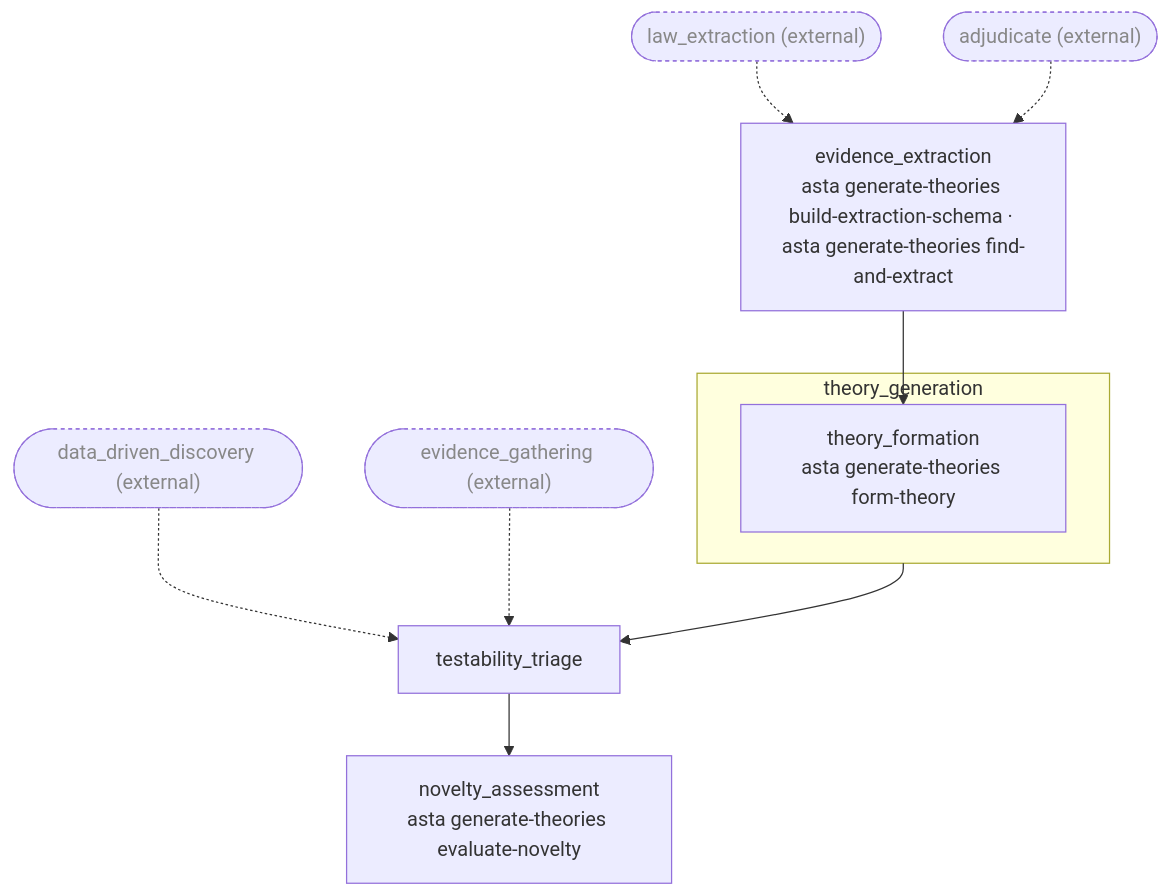
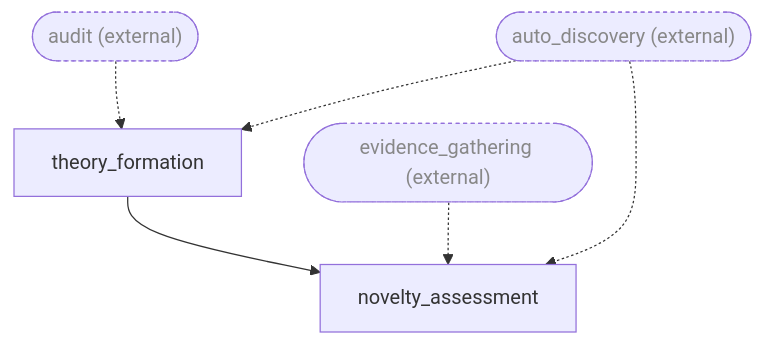
The diagram in plugins/asta-preview/skills/research-step/assets/compiled/theorizer.mmd (allenai/asta-plugins), drawn with Mermaid before and after one commit. The commit also changed 128 other files, not shown here.

```diff
--- a/plugins/asta-preview/skills/research-step/assets/compiled/theorizer.mmd
+++ b/plugins/asta-preview/skills/research-step/assets/compiled/theorizer.mmd
@@ -1,23 +1,14 @@
 %% theorizer — generated by scripts/compile-schemas.py from assets/schemas.yaml; do not edit
-%% solid arrows: input wiring · dashed: inputs satisfied outside this flow
+%% thick ==> : a loop's child order  ·  thin --> : data input  ·  dashed: input from outside this loop
 flowchart TD
-  classDef replan stroke-dasharray: 6 4
-  classDef embed fill:#eef6ff,stroke:#6699cc
   classDef external stroke-dasharray: 3 3,color:#888888
-  evidence_extraction["evidence_extraction<br/>asta generate-theories build-extraction-schema · asta generate-theories find-and-extract"]
-  subgraph theory_generation["theory_generation"]
-    theory_generation__theory_formation["theory_formation<br/>asta generate-theories form-theory"]
-  end
-  testability_triage["testability_triage"]
-  novelty_assessment["novelty_assessment<br/>asta generate-theories evaluate-novelty"]
-  ext__adjudicate(["adjudicate (external)"]):::external
-  ext__data_driven_discovery(["data_driven_discovery (external)"]):::external
+  theory_formation["theory_formation"]
+  novelty_assessment["novelty_assessment"]
+  ext__audit(["audit (external)"]):::external
+  ext__auto_discovery(["auto_discovery (external)"]):::external
   ext__evidence_gathering(["evidence_gathering (external)"]):::external
-  ext__law_extraction(["law_extraction (external)"]):::external
-  ext__law_extraction -.-> evidence_extraction
-  ext__adjudicate -.-> evidence_extraction
-  evidence_extraction --> theory_generation__theory_formation
-  theory_generation --> testability_triage
-  ext__data_driven_discovery -.-> testability_triage
-  ext__evidence_gathering -.-> testability_triage
-  testability_triage --> novelty_assessment
+  ext__auto_discovery -.-> theory_formation
+  ext__audit -.-> theory_formation
+  theory_formation --> novelty_assessment
+  ext__auto_discovery -.-> novelty_assessment
+  ext__evidence_gathering -.-> novelty_assessment
```
